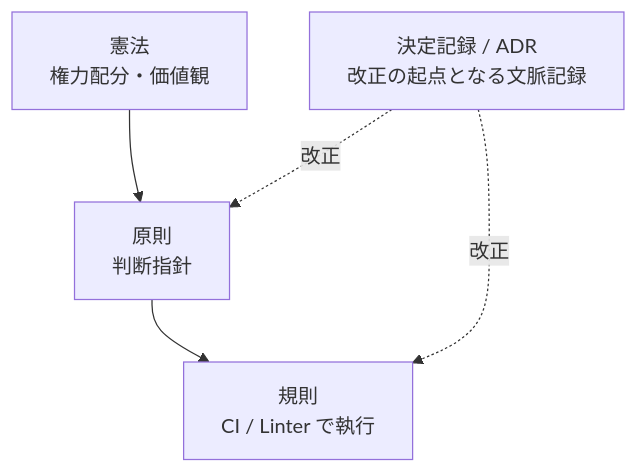
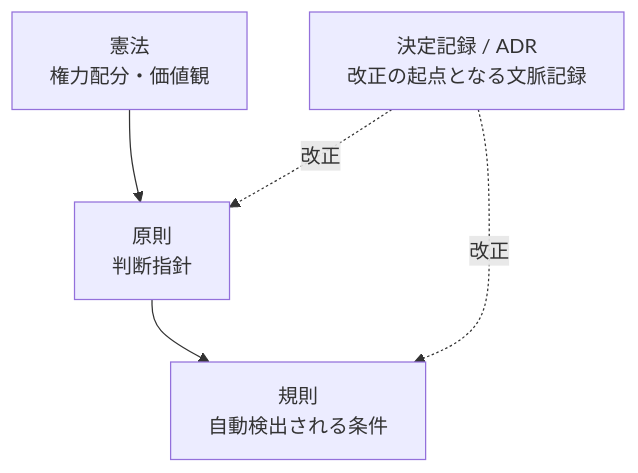
Before and after one commit to iwasa-kosui/monorepo: the tenth of 10 diagrams in apps/kosui-me/src/content/posts/2026-04-29-knowledge-entropy-and-normative-layer.mdx, drawn with Mermaid. The commit also changed other lines of this file, not shown here.

````diff
--- a/apps/kosui-me/src/content/posts/2026-04-29-knowledge-entropy-and-normative-layer.mdx
+++ b/apps/kosui-me/src/content/posts/2026-04-29-knowledge-entropy-and-normative-layer.mdx
@@ -252,10 +252,10 @@
 ```mermaid
 graph TD
     A["憲法<br/>権力配分・価値観"]
     B["原則<br/>判断指針"]
-    C["規則<br/>CI / Linter で執行"]
+    C["規則<br/>自動検出される条件"]
     D["決定記録 / ADR<br/>改正の起点となる文脈記録"]
     A --> B --> C
     D -.->|改正| C
     D -.->|改正| B
 ```
````
